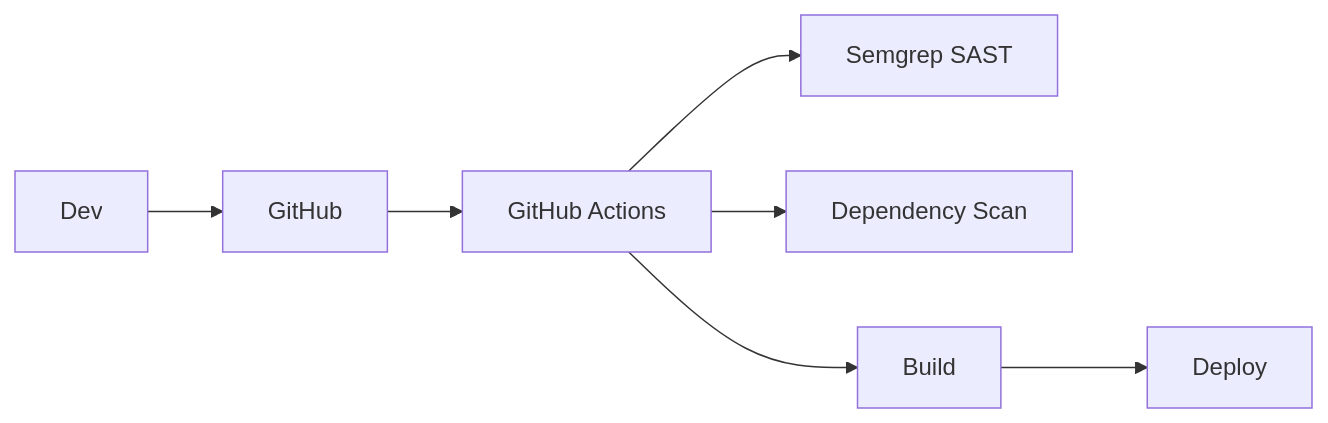
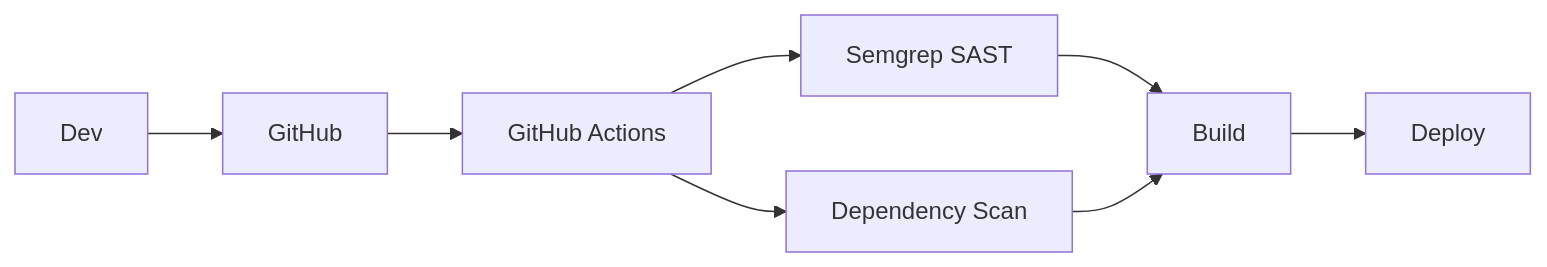
The third of 3 diagrams in appsec-projects/Securing-crAPI-AppSec-Risk-Assessment-and-Remediation/README.md (JosephJ12/cybersecurity-portfolio), drawn with Mermaid before and after one commit. The commit also changed other lines of this file, not shown here.

````diff
--- a/appsec-projects/Securing-crAPI-AppSec-Risk-Assessment-and-Remediation/README.md
+++ b/appsec-projects/Securing-crAPI-AppSec-Risk-Assessment-and-Remediation/README.md
@@ -80,9 +80,10 @@
 ```mermaid
 flowchart LR
     Dev --> GitHub
     GitHub --> CI[GitHub Actions]
     CI --> SAST[Semgrep SAST]
     CI --> SCA[Dependency Scan]
-    CI --> Build
+    SAST --> Build
+    SCA --> Build
     Build --> Deploy
 ```
````
